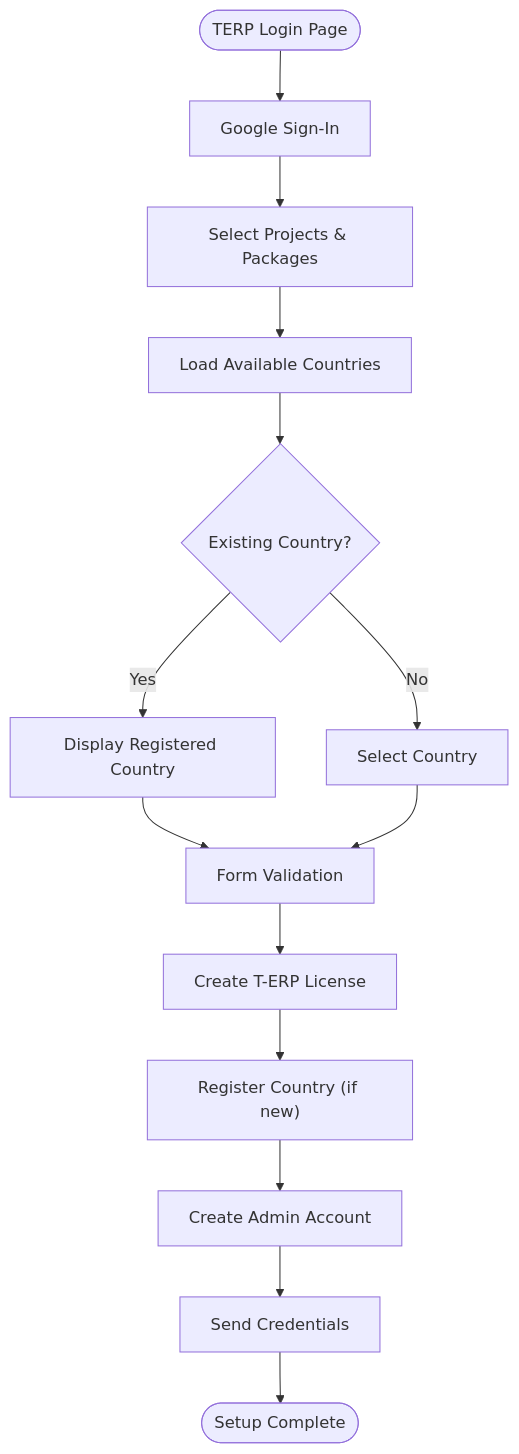
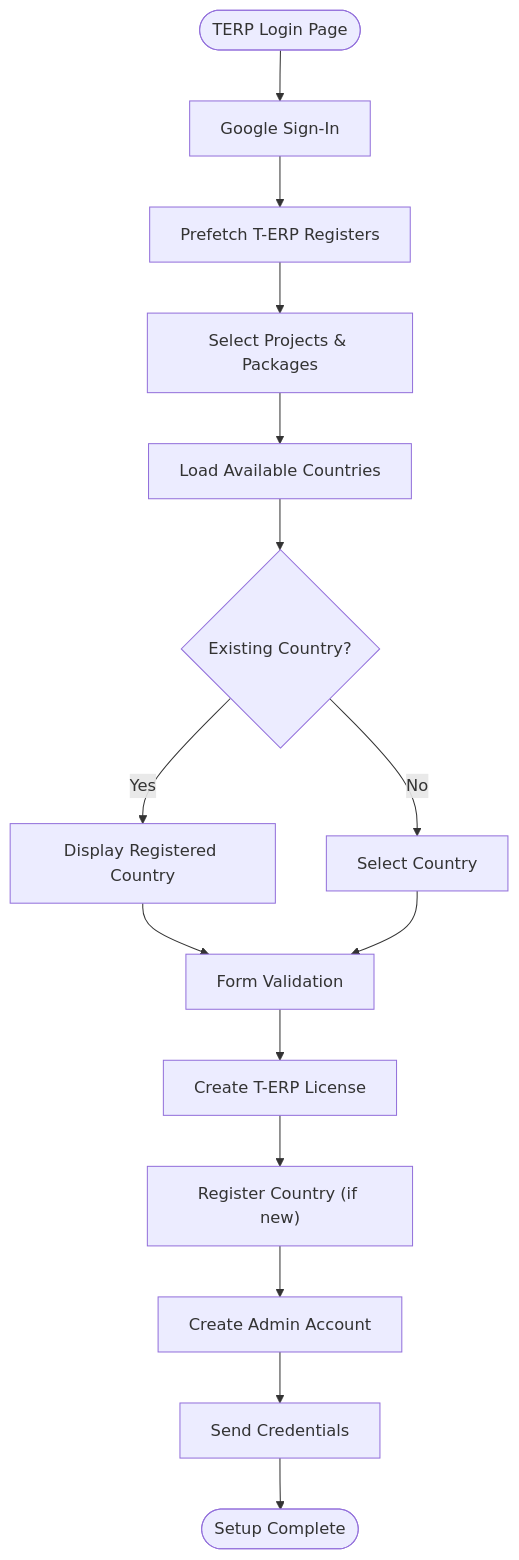
The third of 5 diagrams in .qoder/repowiki/en/content/Application Architecture/Authentication & Authorization.md (imcbsglobal/TRELLISCO_ERP_FRONTEND), drawn with Mermaid before and after one commit. The commit also changed other lines of this file and 20 other files, not shown here.

````diff
--- a/.qoder/repowiki/en/content/Application Architecture/Authentication & Authorization.md
+++ b/.qoder/repowiki/en/content/Application Architecture/Authentication & Authorization.md
@@ -229,16 +233,17 @@
 ```mermaid
 flowchart TD
 Start(["TERP Login Page"]) --> GoogleAuth["Google Sign-In"]
-GoogleAuth --> ProjectSelection["Select Projects & Packages"]
+GoogleAuth --> Prefetch["Prefetch T-ERP Registers"]
+Prefetch --> ProjectSelection["Select Projects & Packages"]
 ProjectSelection --> CountryCheck["Load Available Countries"]
 CountryCheck --> ExistingCountry{"Existing Country?"}
 ExistingCountry --> |Yes| LockedCountry["Display Registered Country"]
 ExistingCountry --> |No| CountrySelection["Select Country"]
 LockedCountry --> Validation["Form Validation"]
 CountrySelection --> Validation
 Validation --> LicenseCreation["Create T-ERP License"]
 LicenseCreation --> CountryRegistration["Register Country (if new)"]
 CountryRegistration --> AdminAccount["Create Admin Account"]
 AdminAccount --> CredentialDelivery["Send Credentials"]
 CredentialDelivery --> Success(["Setup Complete"])
 ```
````
